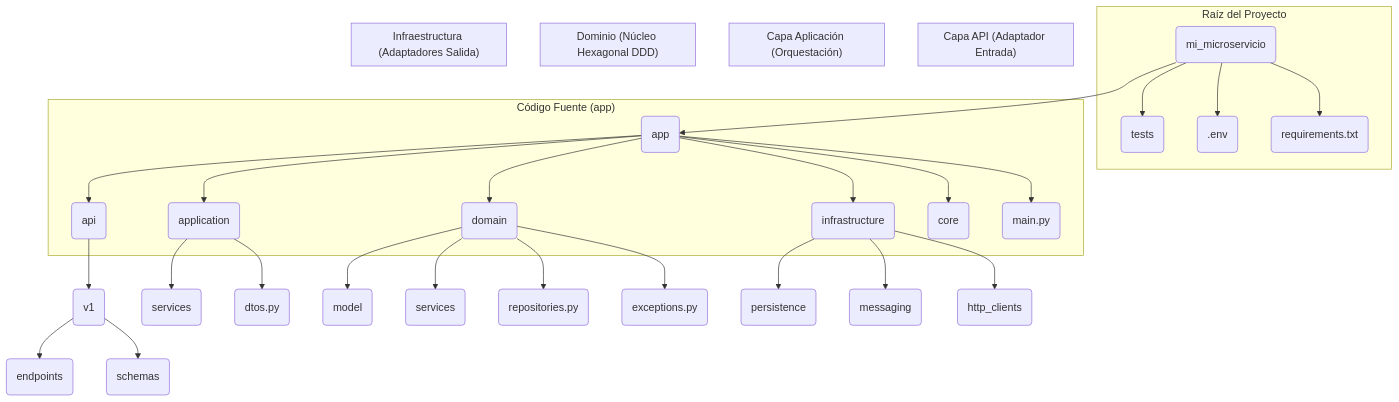
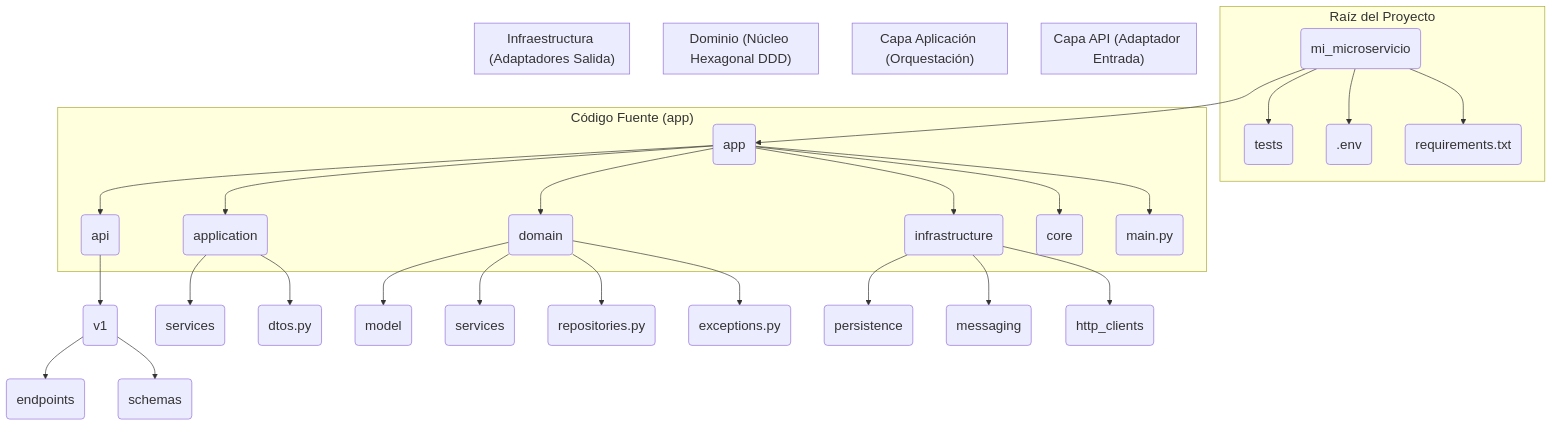
Before and after one commit to docenciait/CursoV1: the second of 16 diagrams in B1/Tema2/Tema2.md, drawn with Mermaid. The commit also changed other lines of this file, not shown here.

````diff
--- a/B1/Tema2/Tema2.md
+++ b/B1/Tema2/Tema2.md
@@ -398,63 +396,64 @@
 ```mermaid
+%%{init: {"themeVariables": {"fontSize": "20px"}}}%%
 graph TD
     A(mi_microservicio) --> B(app);
     A --> C(tests);
     A --> D(.env);
     A --> E(requirements.txt);
 
     B --> G(api);
     B --> H(application);
     B --> I(domain);
     B --> J(infrastructure);
     B --> K(core);
     B --> L(main.py);
 
     G --> M(v1);
     M --> N(endpoints);
     M --> O(schemas);
 
     H --> P(services);
     H --> Q(dtos.py);
 
     I --> R(model);
     I --> S(services);
     I --> T(repositories.py);
     I --> U(exceptions.py);
 
     J --> V(persistence);
     J --> W(messaging);
     J --> X(http_clients);
 
     subgraph "Raíz del Proyecto"
         A
         C
         D
         E
     end
 
     subgraph "Código Fuente (app)"
         B
         G
         H
         I
         J
         K
         L
     end
 
     subgraph "Capa API (Adaptador Entrada)"
         G
     end
 
     subgraph "Capa Aplicación (Orquestación)"
         H
     end
 
     subgraph "Dominio (Núcleo Hexagonal DDD)"
         I
     end
 
     subgraph "Infraestructura (Adaptadores Salida)"
         J
     end
 ```
````
